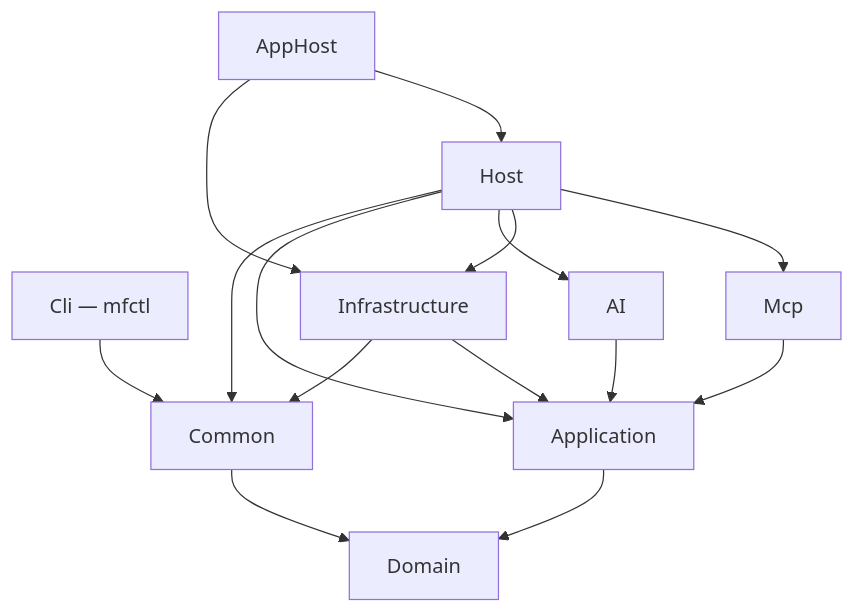
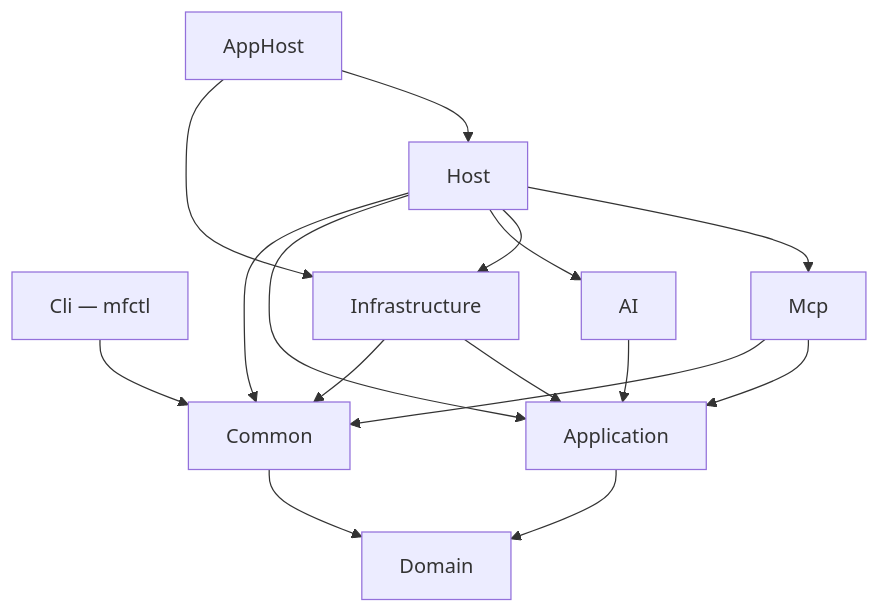
The diagram in docs/architecture/solution-structure.md (Krzysztof318/MailFathom), drawn with Mermaid before and after one commit. The commit also changed other lines of this file and 24 other files, not shown here.

````diff
--- a/docs/architecture/solution-structure.md
+++ b/docs/architecture/solution-structure.md
@@ -7,27 +7,28 @@
 ```mermaid
 flowchart TD
     AppHost[AppHost]
     Host[Host]
     Cli[Cli — mfctl]
     Mcp[Mcp]
     Infrastructure[Infrastructure]
     AI[AI]
     Application[Application]
     Common[Common]
     Domain[Domain]
 
     AppHost --> Host
     AppHost --> Infrastructure
     Host --> Mcp
     Host --> Infrastructure
     Host --> AI
     Host --> Application
     Host --> Common
     Cli --> Common
     Mcp --> Application
+    Mcp --> Common
     Infrastructure --> Application
     Infrastructure --> Common
     AI --> Application
     Application --> Domain
     Common --> Domain
 ```
````
